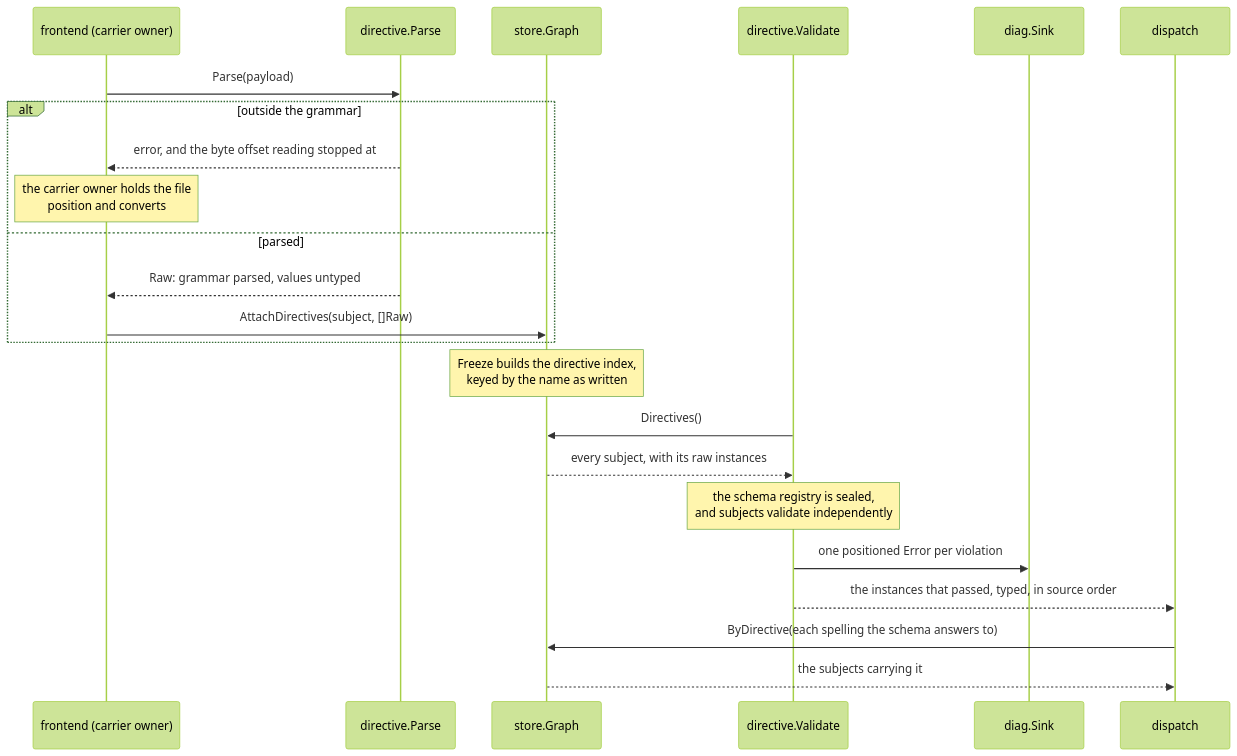
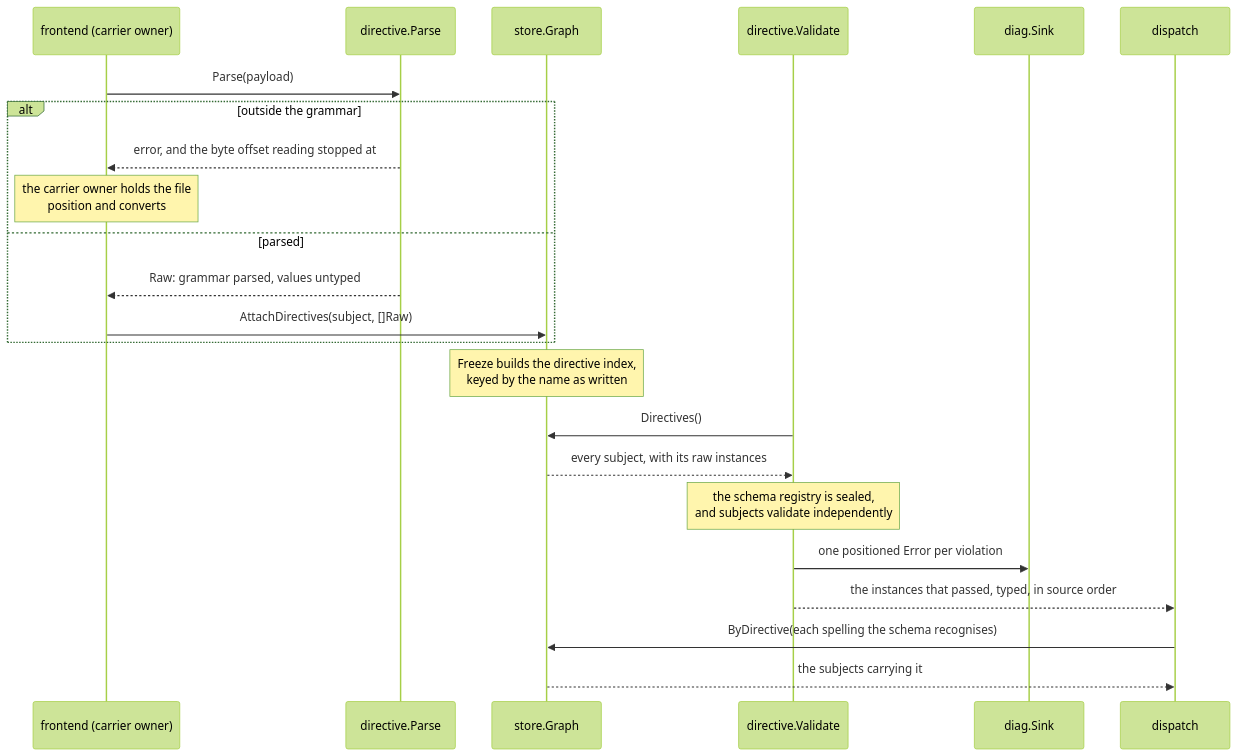
Before and after one commit to dokimasia/eidos: the diagram in docs/rfc/0005-directive-grammar.md, drawn with Mermaid (forest theme). The commit also changed other lines of this file and 50 other files, not shown here.

````diff
--- a/docs/rfc/0005-directive-grammar.md
+++ b/docs/rfc/0005-directive-grammar.md
@@ -379,26 +379,26 @@
 ```mermaid
 sequenceDiagram
     participant F as frontend (carrier owner)
     participant P as directive.Parse
     participant G as store.Graph
     participant V as directive.Validate
     participant S as diag.Sink
     participant X as dispatch
 
     F->>P: Parse(payload)
     alt outside the grammar
         P-->>F: error, and the byte offset reading stopped at
         Note over F: the carrier owner holds the file<br/>position and converts
     else parsed
         P-->>F: Raw: grammar parsed, values untyped
         F->>G: AttachDirectives(subject, []Raw)
     end
     Note over G: Freeze builds the directive index,<br/>keyed by the name as written
     V->>G: Directives()
     G-->>V: every subject, with its raw instances
     Note over V: the schema registry is sealed,<br/>and subjects validate independently
     V->>S: one positioned Error per violation
     V-->>X: the instances that passed, typed, in source order
-    X->>G: ByDirective(each spelling the schema answers to)
+    X->>G: ByDirective(each spelling the schema recognises)
     G-->>X: the subjects carrying it
 ```
````
